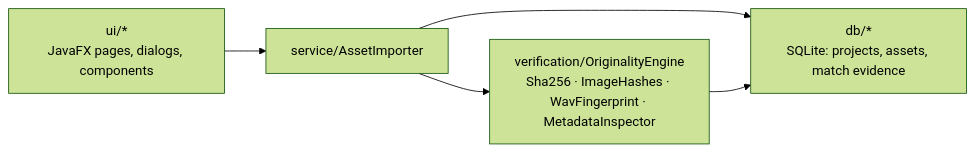
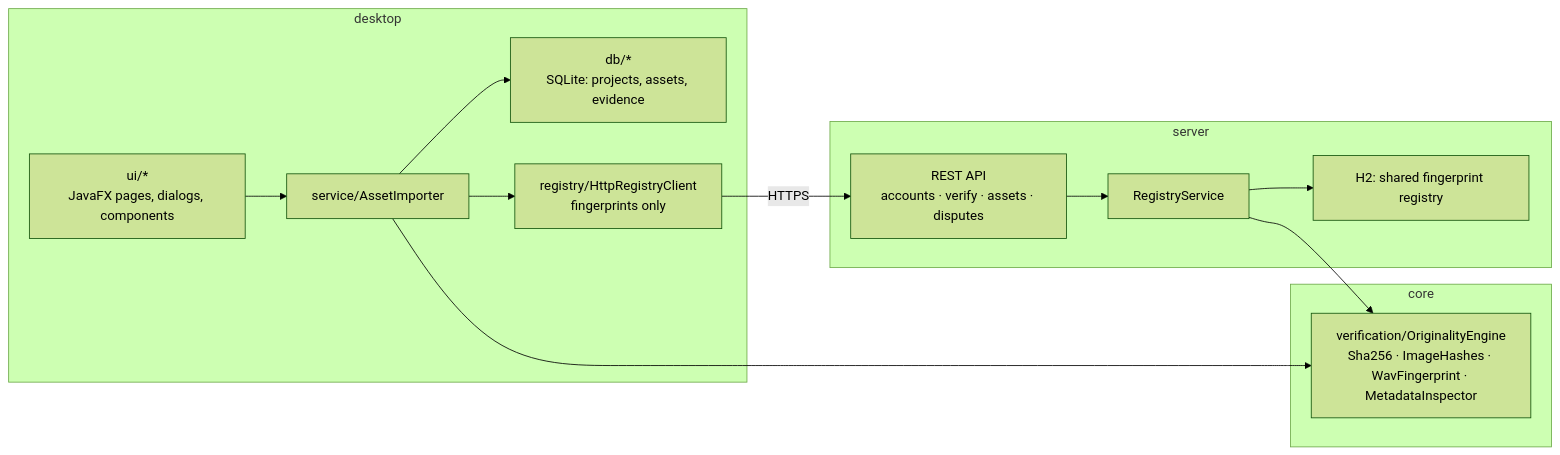
The diagram in README.md (Bryancruzcb/creatorflow), drawn with Mermaid (forest theme) before and after one commit. The commit also changed other lines of this file, not shown here.

Commit message:
Docs: platform mode — registry quickstart, API table, three-module architecture

````diff
--- a/README.md
+++ b/README.md
@@ -95,7 +133,18 @@
 ```mermaid
 flowchart LR
-    UI["ui/*<br/>JavaFX pages, dialogs, components"] --> SVC["service/AssetImporter"]
-    SVC --> ENG["verification/OriginalityEngine<br/>Sha256 · ImageHashes · WavFingerprint · MetadataInspector"]
-    SVC --> DB["db/*<br/>SQLite: projects, assets, match evidence"]
-    ENG --> DB
+    subgraph desktop
+        UI["ui/*<br/>JavaFX pages, dialogs, components"] --> SVC["service/AssetImporter"]
+        SVC --> DB["db/*<br/>SQLite: projects, assets, evidence"]
+        SVC --> RC["registry/HttpRegistryClient<br/>fingerprints only"]
+    end
+    subgraph core
+        ENG["verification/OriginalityEngine<br/>Sha256 · ImageHashes · WavFingerprint · MetadataInspector"]
+    end
+    subgraph server
+        API["REST API<br/>accounts · verify · assets · disputes"] --> REG["RegistryService"]
+        REG --> H2["H2: shared fingerprint registry"]
+    end
+    SVC --> ENG
+    REG --> ENG
+    RC -- HTTPS --> API
 ```
````
